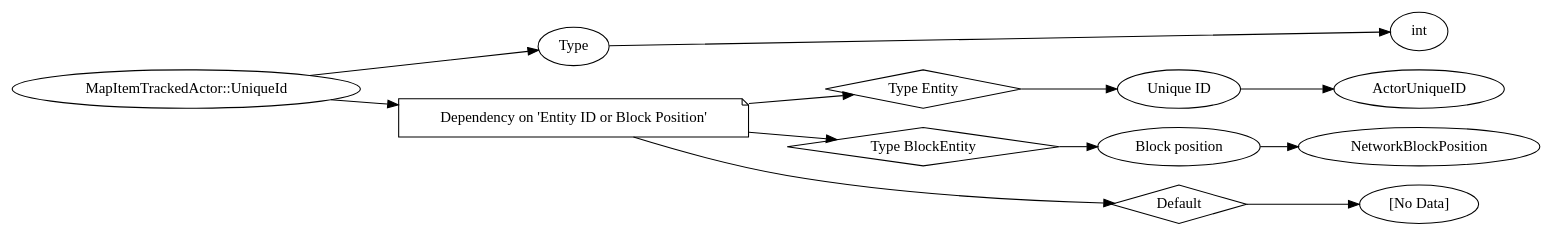
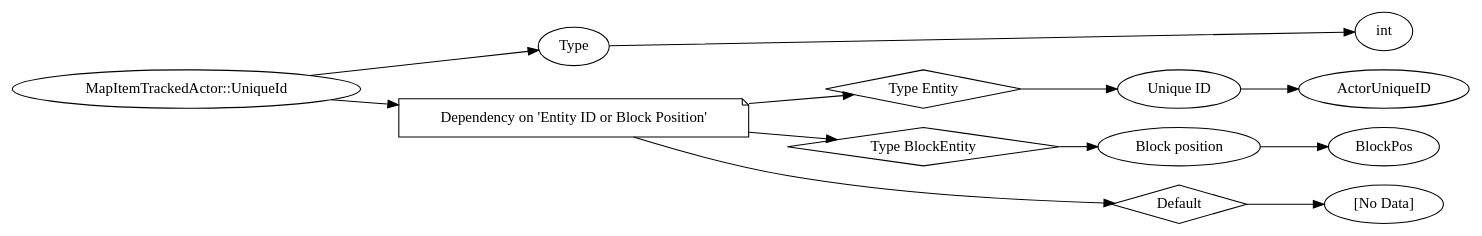
One commit to Mojang/bedrock-protocol-docs changed the diagram in dot/MapItemTrackedActor__UniqueId.dot. Above: the diagram before and after it, drawn with Graphviz. The commit also changed 589 other files, not shown here.

```diff
--- a/dot/MapItemTrackedActor__UniqueId.dot
+++ b/dot/MapItemTrackedActor__UniqueId.dot
@@ -1,30 +1,30 @@
 digraph "MapItemTrackedActor::UniqueId" {
 rankdir = LR
 38
 38 -> 39
 39 -> 40
 38 -> 41
 41 -> 42
 42 -> 43
 43 -> 44
 41 -> 45
 45 -> 46
 46 -> 47
 41 -> 48
 48 -> 49
 
 38 [label="MapItemTrackedActor::UniqueId",comment="name: \"MapItemTrackedActor::UniqueId\", typeName: \"\", id: 38, branchId: 0, recurseId: -1, attributes: 0, notes: \"\""];
 39 [label="Type",comment="name: \"Type\", typeName: \"\", id: 39, branchId: 0, recurseId: -1, attributes: 0, notes: \"\""];
 40 [label="int",comment="name: \"int\", typeName: \"\", id: 40, branchId: 0, recurseId: -1, attributes: 512, notes: \"\""];
 41 [label="Dependency on 'Entity ID or Block Position'",shape=note,comment="name: \"Dependency on 'Entity ID or Block Position'\", typeName: \"\", id: 41, branchId: 0, recurseId: -1, attributes: 2, notes: \"\""];
 42 [label="Type Entity",shape=diamond,comment="name: \"Type Entity\", typeName: \"\", id: 42, branchId: 0, recurseId: -1, attributes: 4, notes: \"\""];
 43 [label="Unique ID",comment="name: \"Unique ID\", typeName: \"ActorUniqueID\", id: 43, branchId: 0, recurseId: -1, attributes: 256, notes: \"\""];
 44 [label="ActorUniqueID",comment="name: \"ActorUniqueID\", typeName: \"\", id: 44, branchId: 0, recurseId: -1, attributes: 512, notes: \"\""];
 45 [label="Type BlockEntity",shape=diamond,comment="name: \"Type BlockEntity\", typeName: \"\", id: 45, branchId: 1, recurseId: -1, attributes: 4, notes: \"\""];
-46 [label="Block position",comment="name: \"Block position\", typeName: \"NetworkBlockPosition\", id: 46, branchId: 0, recurseId: -1, attributes: 256, notes: \"\""];
-47 [label="NetworkBlockPosition",comment="name: \"NetworkBlockPosition\", typeName: \"\", id: 47, branchId: 0, recurseId: -1, attributes: 512, notes: \"\""];
+46 [label="Block position",comment="name: \"Block position\", typeName: \"BlockPos\", id: 46, branchId: 0, recurseId: -1, attributes: 256, notes: \"\""];
+47 [label="BlockPos",comment="name: \"BlockPos\", typeName: \"\", id: 47, branchId: 0, recurseId: -1, attributes: 512, notes: \"\""];
 48 [label="Default",shape=diamond,comment="name: \"Default\", typeName: \"\", id: 48, branchId: 2, recurseId: -1, attributes: 4, notes: \"\""];
 49 [label="[No Data]",comment="name: \"[No Data]\", typeName: \"\", id: 49, branchId: 0, recurseId: -1, attributes: 512, notes: \"\""];
 { rank = max;40;44;47;49}
 
 }
```
